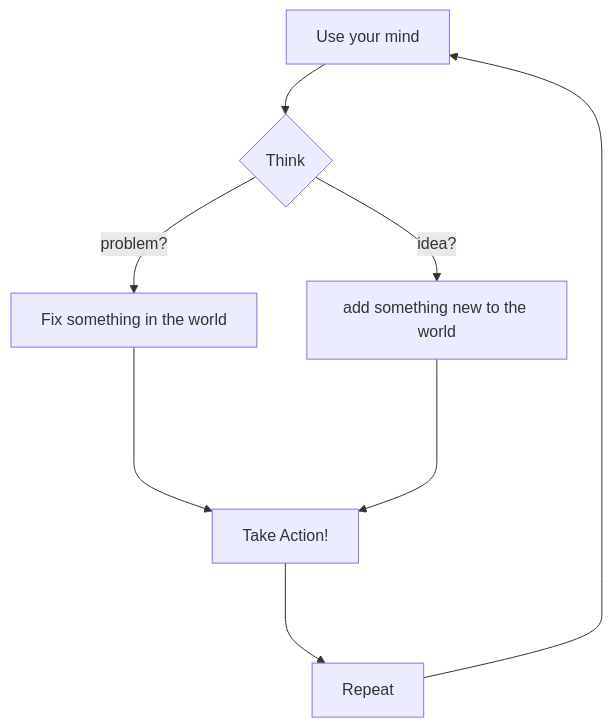
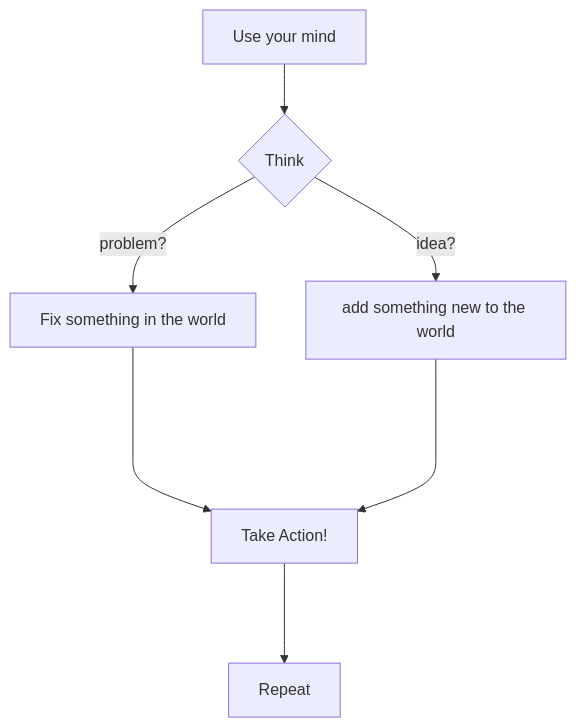
The diagram in README.md (Keon-Jukes/Keon-Jukes), drawn with Mermaid before and after one commit.

````diff
--- a/README.md
+++ b/README.md
@@ -43,10 +43,9 @@
 ```mermaid
   graph TD;
       A[Use your mind]--> B{Think};
       B--problem?--> C[Fix something in the world];
       B--idea? --> D[add something new to the world];
       C----> E[Take Action!];
       D----> E[Take Action!];
       E---> F[Repeat]
-      F----> A
 ```
````
